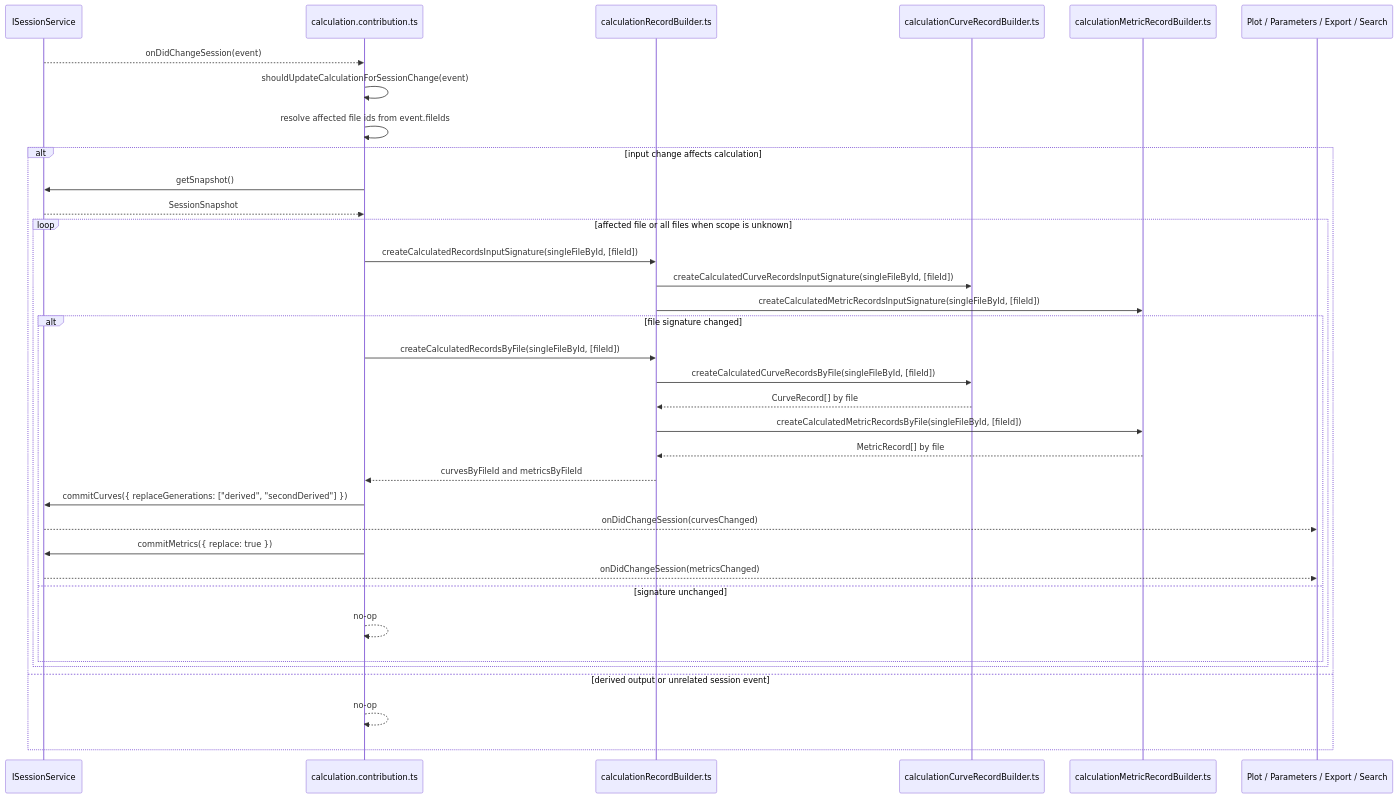
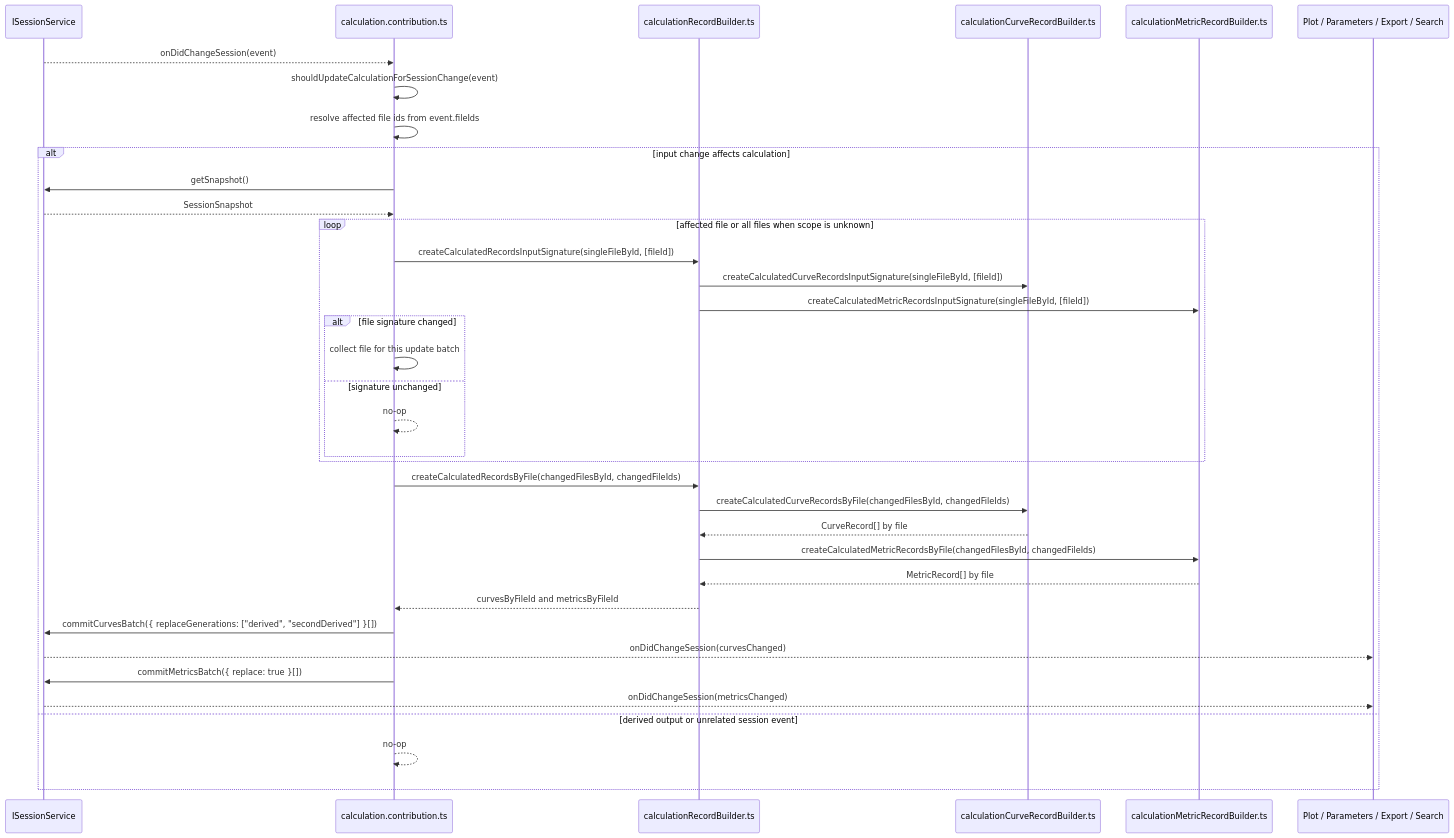
Before and after one commit to chogng/conductor: the second of 2 diagrams in .github/instructions/calculation.instructions.md, drawn with Mermaid. The commit also changed other lines of this file and 12 other files, not shown here.

````diff
--- a/.github/instructions/calculation.instructions.md
+++ b/.github/instructions/calculation.instructions.md
@@ -73,38 +73,39 @@
 ```mermaid
 sequenceDiagram
     participant Session as ISessionService
     participant Contribution as calculation.contribution.ts
     participant Records as calculationRecordBuilder.ts
     participant Curves as calculationCurveRecordBuilder.ts
     participant Metrics as calculationMetricRecordBuilder.ts
     participant Consumers as Plot / Parameters / Export / Search
 
     Session-->>Contribution: onDidChangeSession(event)
     Contribution->>Contribution: shouldUpdateCalculationForSessionChange(event)
     Contribution->>Contribution: resolve affected file ids from event.fileIds
     alt input change affects calculation
         Contribution->>Session: getSnapshot()
         Session-->>Contribution: SessionSnapshot
         loop affected file or all files when scope is unknown
             Contribution->>Records: createCalculatedRecordsInputSignature(singleFileById, [fileId])
             Records->>Curves: createCalculatedCurveRecordsInputSignature(singleFileById, [fileId])
             Records->>Metrics: createCalculatedMetricRecordsInputSignature(singleFileById, [fileId])
             alt file signature changed
-            Contribution->>Records: createCalculatedRecordsByFile(singleFileById, [fileId])
-            Records->>Curves: createCalculatedCurveRecordsByFile(singleFileById, [fileId])
-            Curves-->>Records: CurveRecord[] by file
-            Records->>Metrics: createCalculatedMetricRecordsByFile(singleFileById, [fileId])
-            Metrics-->>Records: MetricRecord[] by file
-            Records-->>Contribution: curvesByFileId and metricsByFileId
-            Contribution->>Session: commitCurves({ replaceGenerations: ["derived", "secondDerived"] })
-            Session-->>Consumers: onDidChangeSession(curvesChanged)
-            Contribution->>Session: commitMetrics({ replace: true })
-            Session-->>Consumers: onDidChangeSession(metricsChanged)
+            Contribution->>Contribution: collect file for this update batch
         else signature unchanged
             Contribution-->>Contribution: no-op
         end
         end
+        Contribution->>Records: createCalculatedRecordsByFile(changedFilesById, changedFileIds)
+        Records->>Curves: createCalculatedCurveRecordsByFile(changedFilesById, changedFileIds)
+        Curves-->>Records: CurveRecord[] by file
+        Records->>Metrics: createCalculatedMetricRecordsByFile(changedFilesById, changedFileIds)
+        Metrics-->>Records: MetricRecord[] by file
+        Records-->>Contribution: curvesByFileId and metricsByFileId
+        Contribution->>Session: commitCurvesBatch({ replaceGenerations: ["derived", "secondDerived"] }[])
+        Session-->>Consumers: onDidChangeSession(curvesChanged)
+        Contribution->>Session: commitMetricsBatch({ replace: true }[])
+        Session-->>Consumers: onDidChangeSession(metricsChanged)
     else derived output or unrelated session event
         Contribution-->>Contribution: no-op
     end
 ```
````
